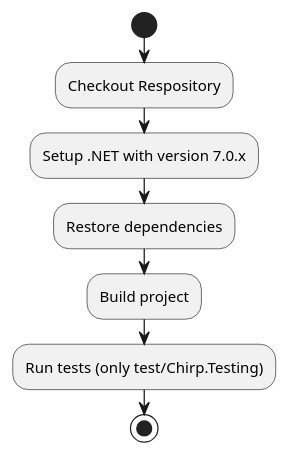
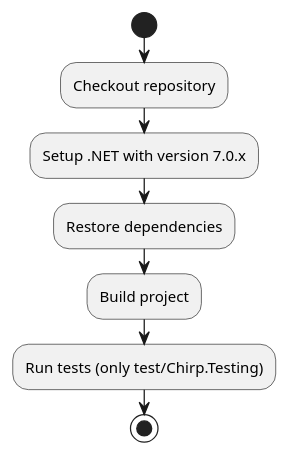
One commit to ITU-BDSA23-GROUP15/Chirp changed the diagram in docs/figures/buildandtest.puml. Above: the diagram before and after it, drawn with PlantUML. The commit also changed 1 other file, not shown here.

```diff
--- a/docs/figures/buildandtest.puml
+++ b/docs/figures/buildandtest.puml
@@ -1,9 +1,9 @@
 @startuml Build and Test
 start
-:Checkout Respository;
+:Checkout repository;
 :Setup .NET with version 7.0.x;
 :Restore dependencies;
 :Build project;
 :Run tests (only test/Chirp.Testing);
 stop
 @enduml
```
